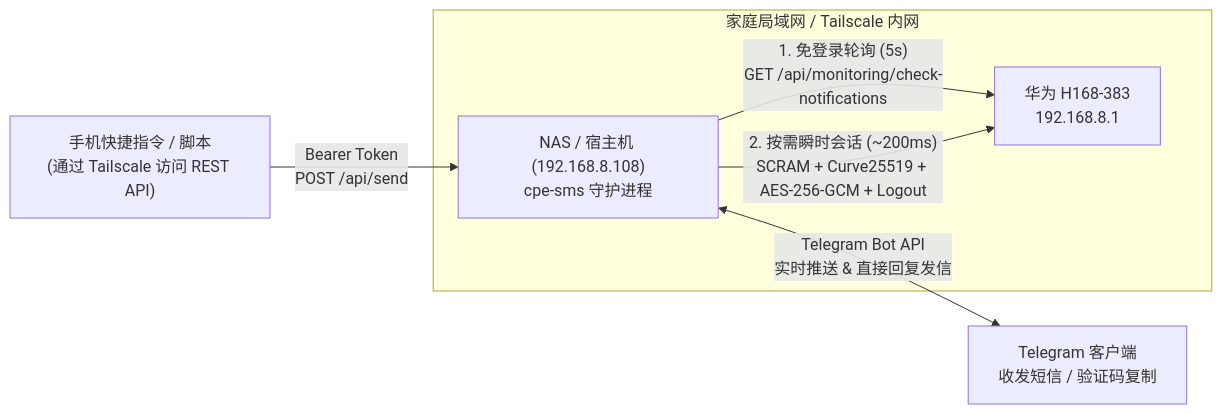
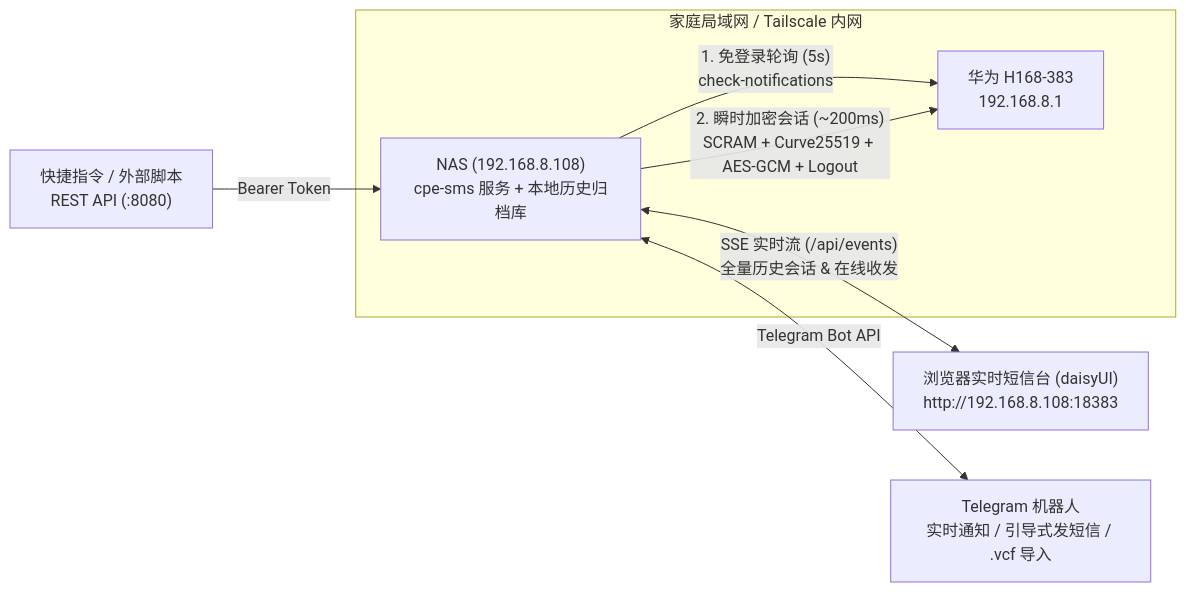
One commit to cky008/cpe-sms changed the diagram in README.md. Above: the diagram before and after it, drawn with Mermaid. The commit also changed other lines of this file, not shown here.

Commit message:
docs: document daisyUI web center, guided Telegram SMS wizard, and iPhone contact import

````diff
--- a/README.md
+++ b/README.md
@@ -44,15 +30,17 @@
 ```mermaid
 flowchart LR
     subgraph LAN["家庭局域网 / Tailscale 内网"]
         CPE["华为 H168-383<br/>192.168.8.1"]
-        NAS["NAS / 宿主机 (192.168.8.108)<br/>cpe-sms 守护进程"]
+        NAS["NAS (192.168.8.108)<br/>cpe-sms 服务 + 本地历史归档库"]
     end
 
-    TG["Telegram 客户端<br/>收发短信 / 验证码复制"]
-    API["手机快捷指令 / 脚本<br/>(通过 Tailscale 访问 REST API)"]
+    WEB["浏览器实时短信台 (daisyUI)<br/>http://192.168.8.108:18383"]
+    TG["Telegram 机器人<br/>实时通知 / 引导式发短信 / .vcf 导入"]
+    API["快捷指令 / 外部脚本<br/>REST API (:8080)"]
 
-    NAS -- "1. 免登录轮询 (5s)<br/>GET /api/monitoring/check-notifications" --> CPE
-    NAS -- "2. 按需瞬时会话 (~200ms)<br/>SCRAM + Curve25519 + AES-256-GCM + Logout" --> CPE
-    NAS <-- "Telegram Bot API<br/>实时推送 & 直接回复发信" --> TG
-    API -- "Bearer Token<br/>POST /api/send" --> NAS
+    NAS -- "1. 免登录轮询 (5s)<br/>check-notifications" --> CPE
+    NAS -- "2. 瞬时加密会话 (~200ms)<br/>SCRAM + Curve25519 + AES-GCM + Logout" --> CPE
+    NAS <-- "SSE 实时流 (/api/events)<br/>全量历史会话 & 在线收发" --> WEB
+    NAS <-- "Telegram Bot API" --> TG
+    API -- "Bearer Token" --> NAS
 ```
````
